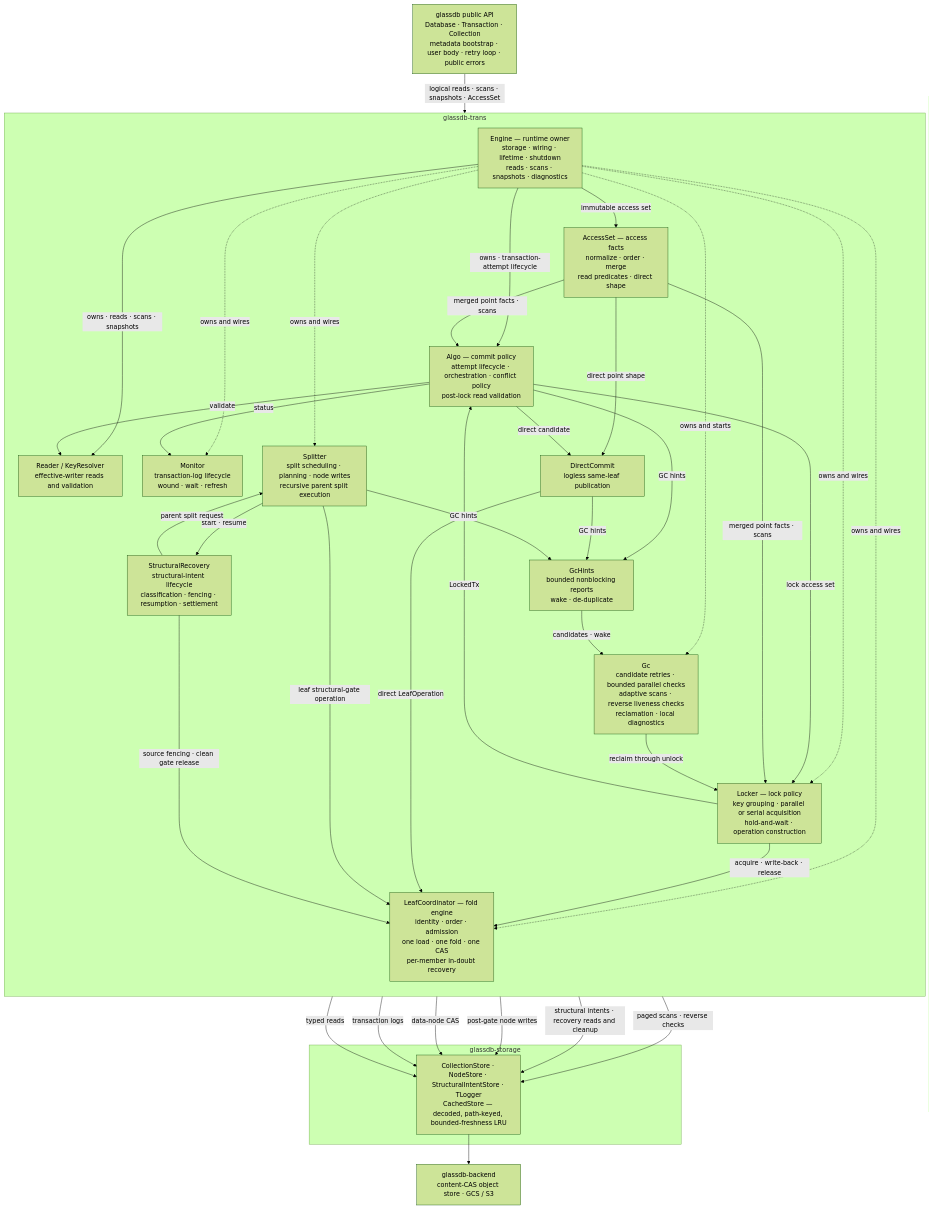
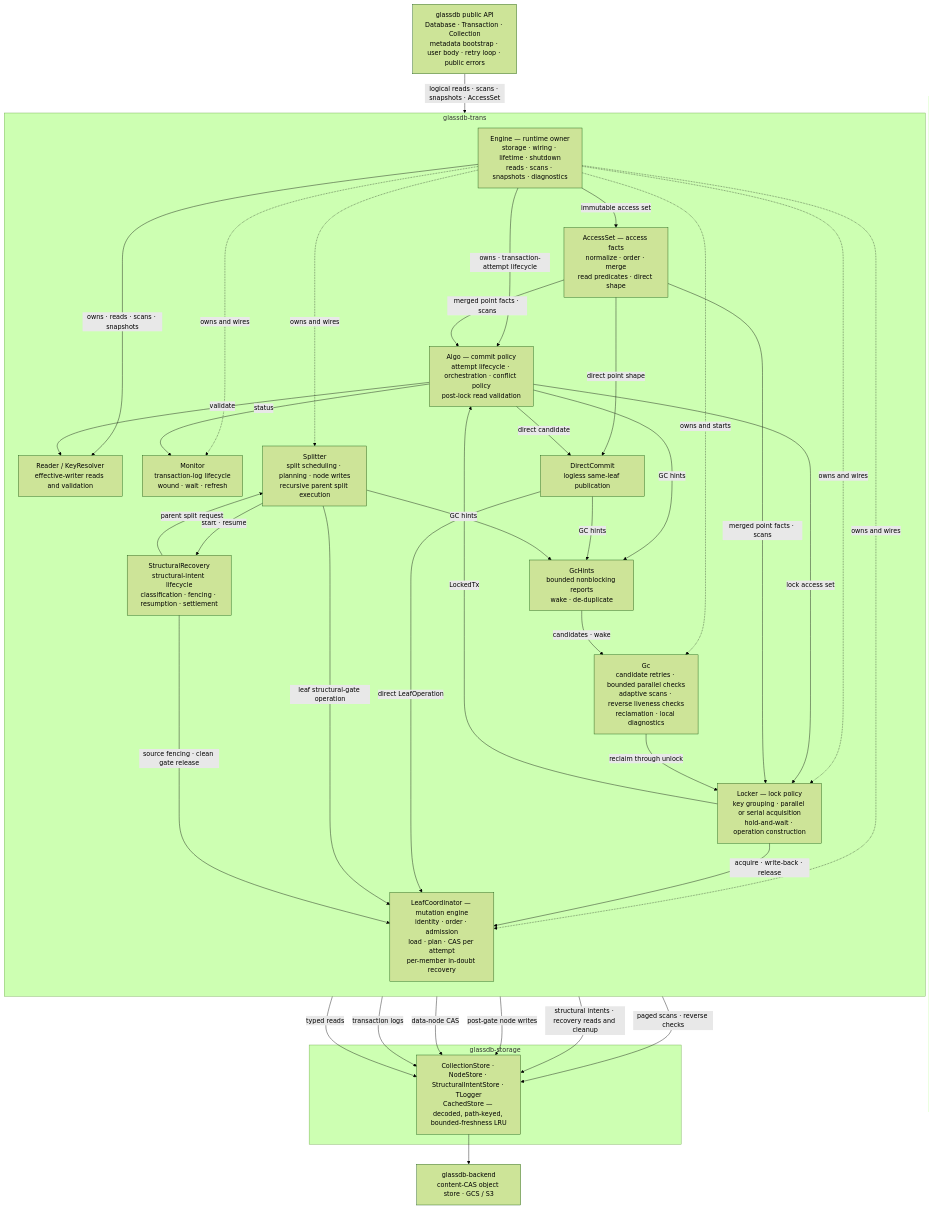
One commit to mbrt/glassdb-rs changed the first of 3 diagrams in docs/architecture.md. Above: the diagram before and after it, drawn with Mermaid (forest theme). The commit also changed other lines of this file and 31 other files, not shown here.

````diff
--- a/docs/architecture.md
+++ b/docs/architecture.md
@@ -166,63 +167,63 @@
 ```mermaid
 flowchart TD
   API["glassdb public API<br/>Database · Transaction · Collection<br/>metadata bootstrap · user body · retry loop · public errors"]
 
   subgraph TRANS["glassdb-trans"]
     direction TB
     Engine["Engine — runtime owner<br/>storage · wiring · lifetime · shutdown<br/>reads · scans · snapshots · diagnostics"]
     Accesses["AccessSet — access facts<br/>normalize · order · merge<br/>read predicates · direct shape"]
     Algo["Algo — commit policy<br/>attempt lifecycle · orchestration · conflict policy<br/>post-lock read validation"]
     Reader["Reader / KeyResolver<br/>effective-writer reads and validation"]
     Locker["Locker — lock policy<br/>key grouping · parallel or serial acquisition<br/>hold-and-wait · operation construction"]
     Direct["DirectCommit<br/>logless same-leaf publication"]
     Monitor["Monitor<br/>transaction-log lifecycle<br/>wound · wait · refresh"]
     Hints["GcHints<br/>bounded nonblocking reports<br/>wake · de-duplicate"]
     Splitter["Splitter<br/>split scheduling · planning · node writes<br/>recursive parent split execution"]
     Recovery["StructuralRecovery<br/>structural-intent lifecycle<br/>classification · fencing · resumption · settlement"]
-    Coord["LeafCoordinator — fold engine<br/>identity · order · admission<br/>one load · one fold · one CAS<br/>per-member in-doubt recovery"]
+    Coord["LeafCoordinator — mutation engine<br/>identity · order · admission<br/>load · plan · CAS per attempt<br/>per-member in-doubt recovery"]
     Gc["Gc<br/>candidate retries · bounded parallel checks<br/>adaptive scans · reverse liveness checks<br/>reclamation · local diagnostics"]
 
     Engine -->|"owns · transaction-attempt lifecycle"| Algo
     Engine -->|"immutable access set"| Accesses
     Engine -->|"owns · reads · scans · snapshots"| Reader
     Engine -.->|"owns and wires"| Locker
     Engine -.->|"owns and wires"| Monitor
     Engine -.->|"owns and wires"| Splitter
     Engine -.->|"owns and wires"| Coord
     Engine -.->|"owns and starts"| Gc
     Algo -->|"validate"| Reader
     Algo -->|"lock access set"| Locker
     Locker -->|"LockedTx"| Algo
     Algo -->|"status"| Monitor
     Accesses -->|"merged point facts · scans"| Algo
     Accesses -->|"merged point facts · scans"| Locker
     Accesses -->|"direct point shape"| Direct
     Algo -->|"direct candidate"| Direct
     Algo -->|"GC hints"| Hints
     Direct -->|"GC hints"| Hints
     Splitter -->|"GC hints"| Hints
     Splitter -->|"start · resume"| Recovery
     Recovery -->|"parent split request"| Splitter
     Hints -->|"candidates · wake"| Gc
     Locker -->|"acquire · write-back · release"| Coord
     Direct -->|"direct LeafOperation"| Coord
     Splitter -->|"leaf structural-gate operation"| Coord
     Recovery -->|"source fencing · clean gate release"| Coord
     Gc -->|"reclaim through unlock"| Locker
   end
 
   subgraph STORAGE["glassdb-storage"]
     Stores["CollectionStore · NodeStore · StructuralIntentStore · TLogger<br/>CachedStore — decoded, path-keyed, bounded-freshness LRU"]
   end
 
   Backend["glassdb-backend<br/>content-CAS object store · GCS / S3"]
 
   API -->|"logical reads · scans · snapshots · AccessSet"| Engine
   Reader -->|"typed reads"| Stores
   Monitor -->|"transaction logs"| Stores
   Coord -->|"data-node CAS"| Stores
   Splitter -->|"post-gate node writes"| Stores
   Recovery -->|"structural intents · recovery reads and cleanup"| Stores
   Gc -->|"paged scans · reverse checks"| Stores
   Stores --> Backend
 ```
````
